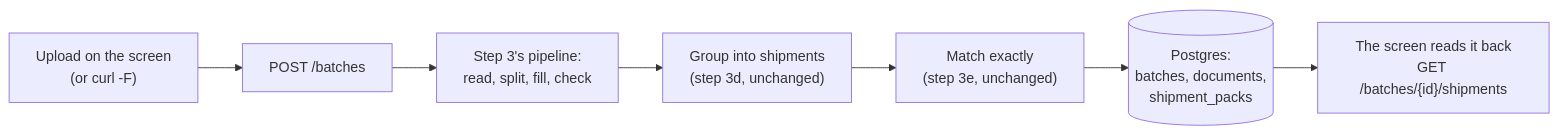
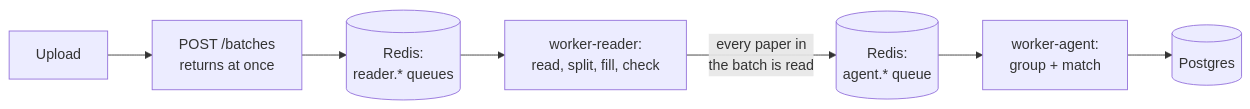
One commit to capchitts/crossexam-project changed the second of 2 diagrams in README.md. Above: the diagram before and after it, drawn with Mermaid. The commit also changed other lines of this file and 15 other files, not shown here.

First line of the commit message:
Step 5: a queue

````diff
--- a/README.md
+++ b/README.md
@@ -31,9 +32,9 @@
 ```mermaid
 flowchart LR
-    U["Upload on the screen<br/>(or curl -F)"] --> API["POST /batches"]
-    API --> P["Step 3's pipeline:<br/>read, split, fill, check"]
-    P --> G["Group into shipments<br/>(step 3d, unchanged)"]
-    G --> M["Match exactly<br/>(step 3e, unchanged)"]
-    M --> DB[("Postgres:<br/>batches, documents,<br/>shipment_packs")]
-    DB --> SCR["The screen reads it back<br/>GET /batches/{id}/shipments"]
+    U["Upload"] --> API["POST /batches<br/>returns at once"]
+    API --> Q1[("Redis:<br/>reader.* queues")]
+    Q1 --> R["worker-reader:<br/>read, split, fill, check"]
+    R -- "every paper in<br/>the batch is read" --> Q2[("Redis:<br/>agent.* queue")]
+    Q2 --> A["worker-agent:<br/>group + match"]
+    A --> DB[("Postgres")]
 ```
````
